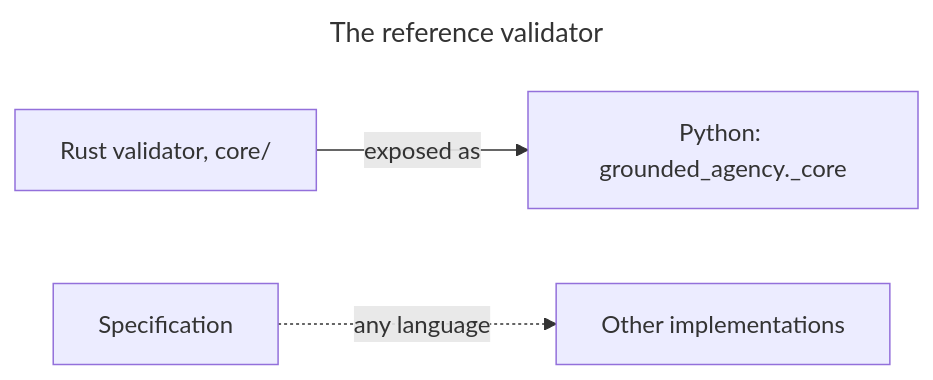
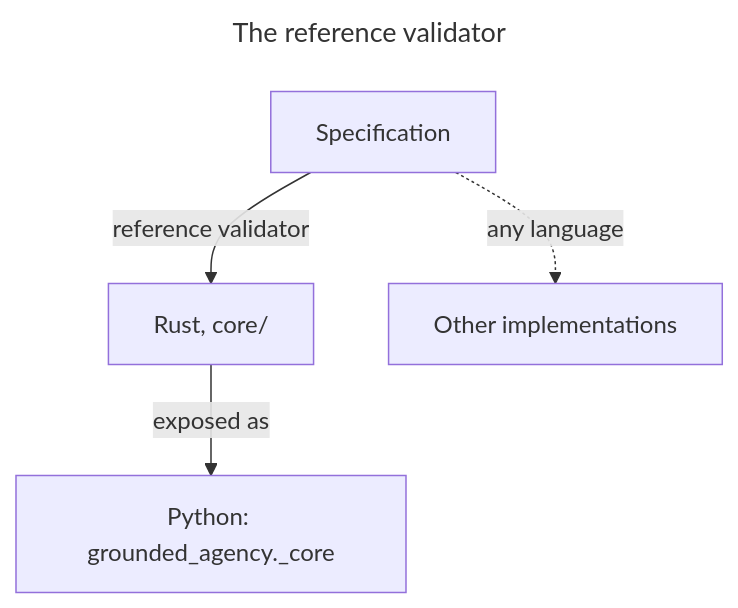
Before and after one commit to synaptiai/agent-capability-standard: the eighth of 14 diagrams in docs/FAQ.md, drawn with Mermaid.

Commit message:
fix(docs): fit the FAQ's reference validator diagram at 360
The two unconnected parts sat side by side and were too wide for a phone; the specification now links them, top to bottom.

Refs #125

Claude-Session: https://claude.ai/code/session_01Jea2Va3FATnCydAsWsbLXR

````diff
--- a/docs/FAQ.md
+++ b/docs/FAQ.md
@@ -313,9 +313,10 @@
 ```mermaid
 ---
 title: The reference validator
 ---
-flowchart LR
-  accDescr: The reference validator is written in Rust under core/ and exposed to Python as grounded_agency._core; the specification itself can be implemented in any language.
-  rust["Rust validator, core/"] -->|exposed as| py["Python: grounded_agency._core"]
-  spec[Specification] -.->|any language| other[Other implementations]
+flowchart TB
+  accDescr: The reference validator implements the specification in Rust under core/ and is exposed to Python as grounded_agency._core; the specification can also be implemented in any other language.
+  spec[Specification] -->|reference validator| rust["Rust, core/"]
+  rust -->|exposed as| py["Python: grounded_agency._core"]
+  spec -.->|any language| other[Other implementations]
 ```
````
